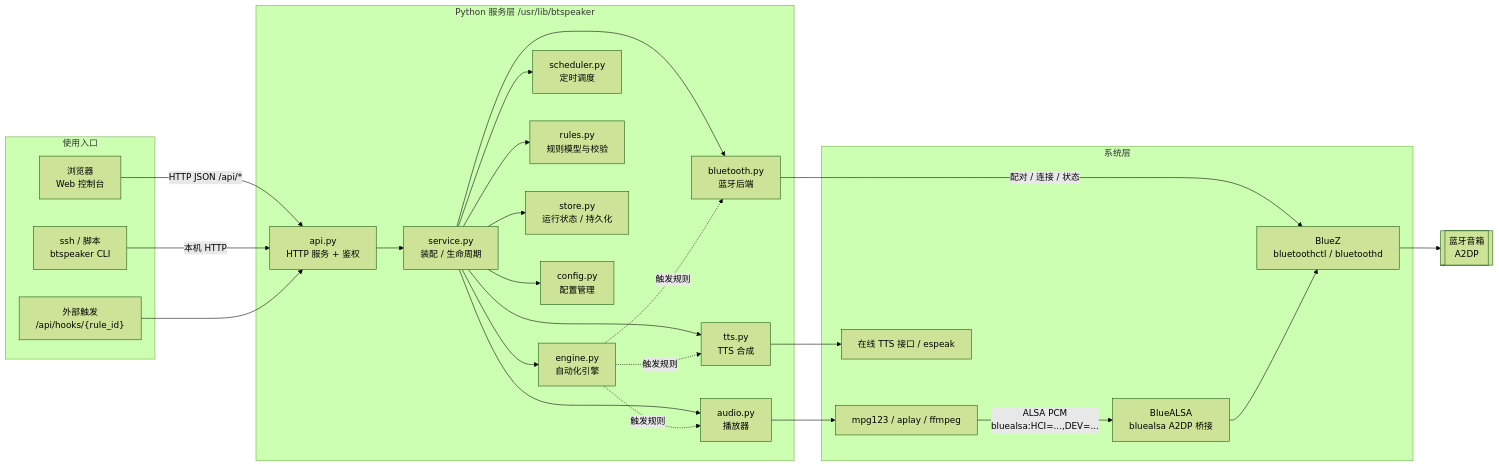
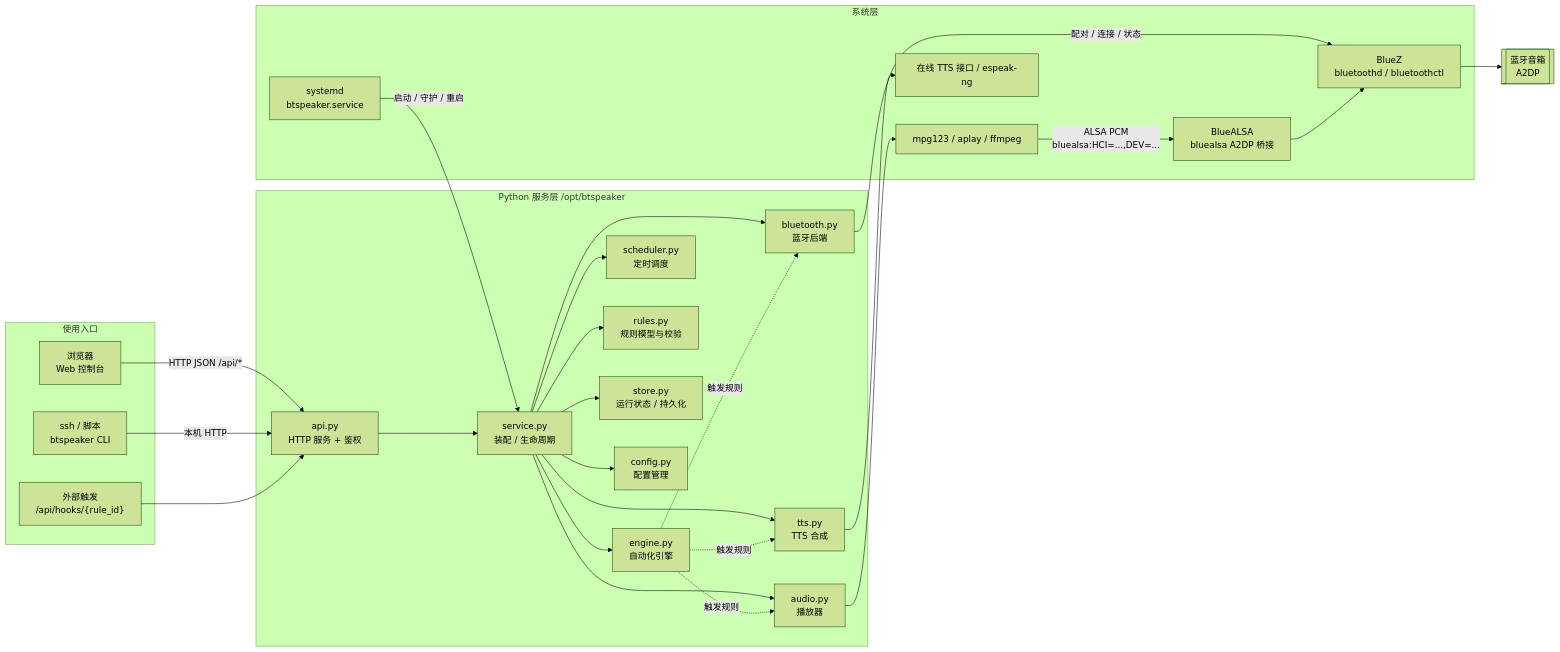
Before and after one commit to wangmou1406/btspeaker: the diagram in README.md, drawn with Mermaid (forest theme). The commit also changed other lines of this file and 11 other files, not shown here.

Commit message:
feat: 改造为普通 Linux 应用 + 保存功能（声音上传/配置备份）+ 文档与截图

````diff
--- a/README.md
+++ b/README.md
@@ -39,43 +42,45 @@
 ```mermaid
 flowchart LR
     subgraph 使用入口
         WEB["浏览器<br/>Web 控制台"]
         CLI["ssh / 脚本<br/>btspeaker CLI"]
         HOOK["外部触发<br/>/api/hooks/{rule_id}"]
     end
 
-    subgraph svc["Python 服务层 /usr/lib/btspeaker"]
+    subgraph svc["Python 服务层 /opt/btspeaker"]
         API["api.py<br/>HTTP 服务 + 鉴权"]
         SERVICE["service.py<br/>装配 / 生命周期"]
         ENGINE["engine.py<br/>自动化引擎"]
         SCHED["scheduler.py<br/>定时调度"]
         RULES["rules.py<br/>规则模型与校验"]
         TTS["tts.py<br/>TTS 合成"]
         PLAYER["audio.py<br/>播放器"]
         BTMOD["bluetooth.py<br/>蓝牙后端"]
         STATE["store.py<br/>运行状态 / 持久化"]
         CONF["config.py<br/>配置管理"]
     end
 
     subgraph sys["系统层"]
-        BLUEZ["BlueZ<br/>bluetoothctl / bluetoothd"]
+        SYSTEMD["systemd<br/>btspeaker.service"]
+        BLUEZ["BlueZ<br/>bluetoothd / bluetoothctl"]
         BLUEALSA["BlueALSA<br/>bluealsa A2DP 桥接"]
         TOOLS["mpg123 / aplay / ffmpeg"]
-        TTSSRV["在线 TTS 接口 / espeak"]
+        TTSSRV["在线 TTS 接口 / espeak-ng"]
     end
 
     SPK[["蓝牙音箱<br/>A2DP"]]
 
+    SYSTEMD -->|"启动 / 守护 / 重启"| SERVICE
     WEB -->|"HTTP JSON /api/*"| API
     CLI -->|"本机 HTTP"| API
     HOOK --> API
     API --> SERVICE
     SERVICE --> ENGINE & SCHED & RULES & TTS & PLAYER & BTMOD & STATE & CONF
     BTMOD -->|"配对 / 连接 / 状态"| BLUEZ
     PLAYER --> TOOLS
     TOOLS -->|"ALSA PCM<br/>bluealsa:HCI=...,DEV=..."| BLUEALSA
     BLUEALSA --> BLUEZ
     BLUEZ --> SPK
     TTS --> TTSSRV
     ENGINE -. "触发规则" .-> PLAYER & TTS & BTMOD
 ```
````
